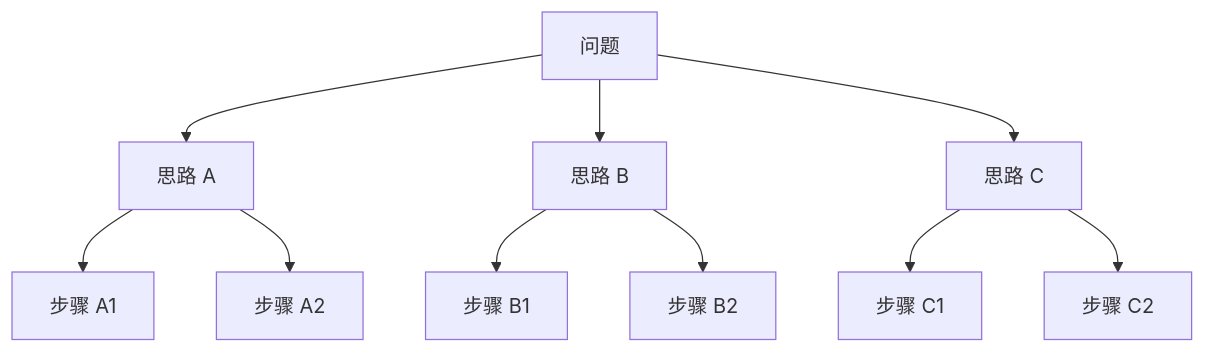
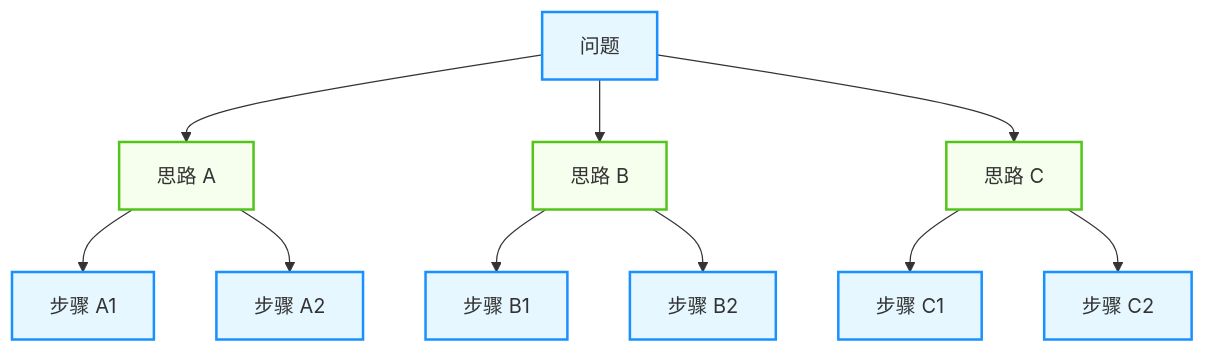
Before and after one commit to yeasy/agentic_ai_guide: the diagram in 02_reasoning/2.1_cot.md, drawn with Mermaid. The commit also changed 36 other files, not shown here.

````diff
--- a/02_reasoning/2.1_cot.md
+++ b/02_reasoning/2.1_cot.md
@@ -178,13 +178,22 @@
 ```mermaid
 graph TD
+    %% Agentic Design System
+    classDef agent fill:#e6f7ff,stroke:#1890ff,stroke-width:2px;
+    classDef tool fill:#f6ffed,stroke:#52c41a,stroke-width:2px;
+    classDef error fill:#fff1f0,stroke:#ff4d4f,stroke-width:2px,stroke-dasharray: 5 5;
+
     Root["问题"] --> A["思路 A"]
     Root --> B["思路 B"]
     Root --> C["思路 C"]
     
     A --> StepA1["步骤 A1"]
     A --> StepA2["步骤 A2"]
     B --> StepB1["步骤 B1"]
     B --> StepB2["步骤 B2"]
     C --> StepC1["步骤 C1"]
     C --> StepC2["步骤 C2"]
+    
+    class Root agent;
+    class A,B,C tool;
+    class StepA1,StepA2,StepB1,StepB2,StepC1,StepC2 agent;
 ```
````
